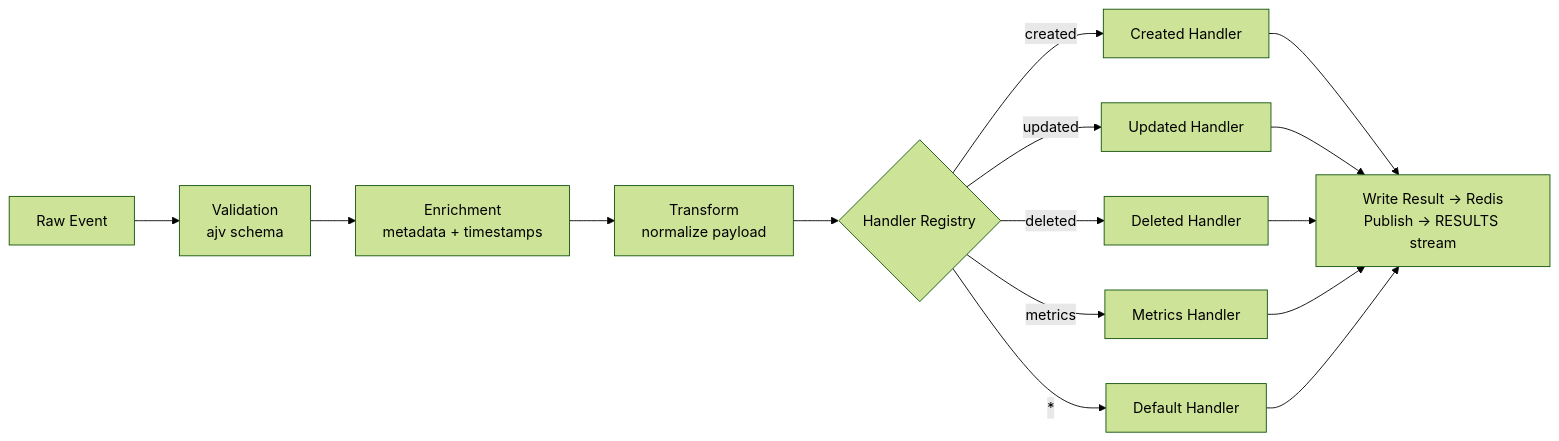
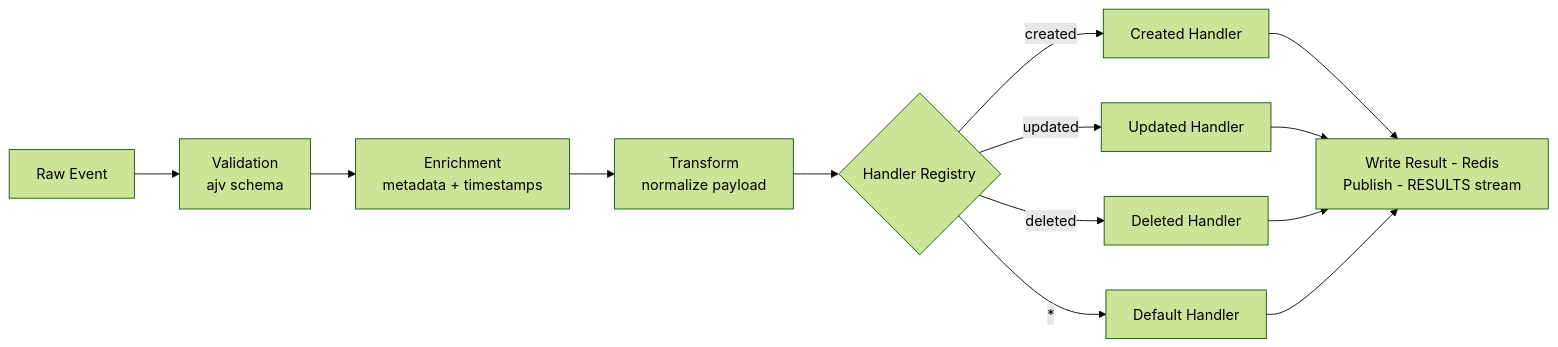
One commit to ccarnero/colloqui changed the tenth of 16 diagrams in ARCHITECTURE.md. Above: the diagram before and after it, drawn with Mermaid (forest theme). The commit also changed other lines of this file and 23 other files, not shown here.

````diff
--- a/ARCHITECTURE.md
+++ b/ARCHITECTURE.md
@@ -308,11 +427,10 @@
 ```mermaid
 graph LR
     E[Raw Event] --> V[Validation<br/>ajv schema] --> EN[Enrichment<br/>metadata + timestamps] --> T[Transform<br/>normalize payload]
     T --> HR{Handler Registry}
     HR -->|created| H1[Created Handler]
     HR -->|updated| H2[Updated Handler]
     HR -->|deleted| H3[Deleted Handler]
-    HR -->|metrics| H4[Metrics Handler]
     HR -->|*| H5[Default Handler]
-    H1 & H2 & H3 & H4 & H5 --> R[Write Result → Redis<br/>Publish → RESULTS stream]
+    H1 & H2 & H3 & H5 --> R["Write Result - Redis<br/>Publish - RESULTS stream"]
 ```
````
